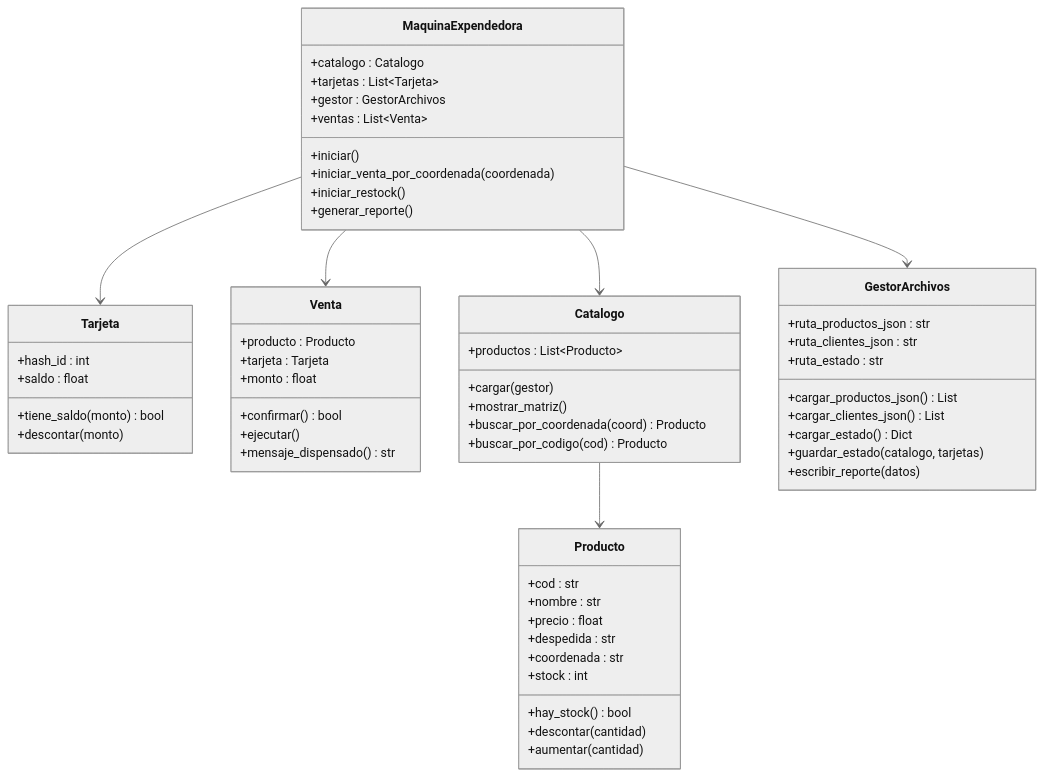
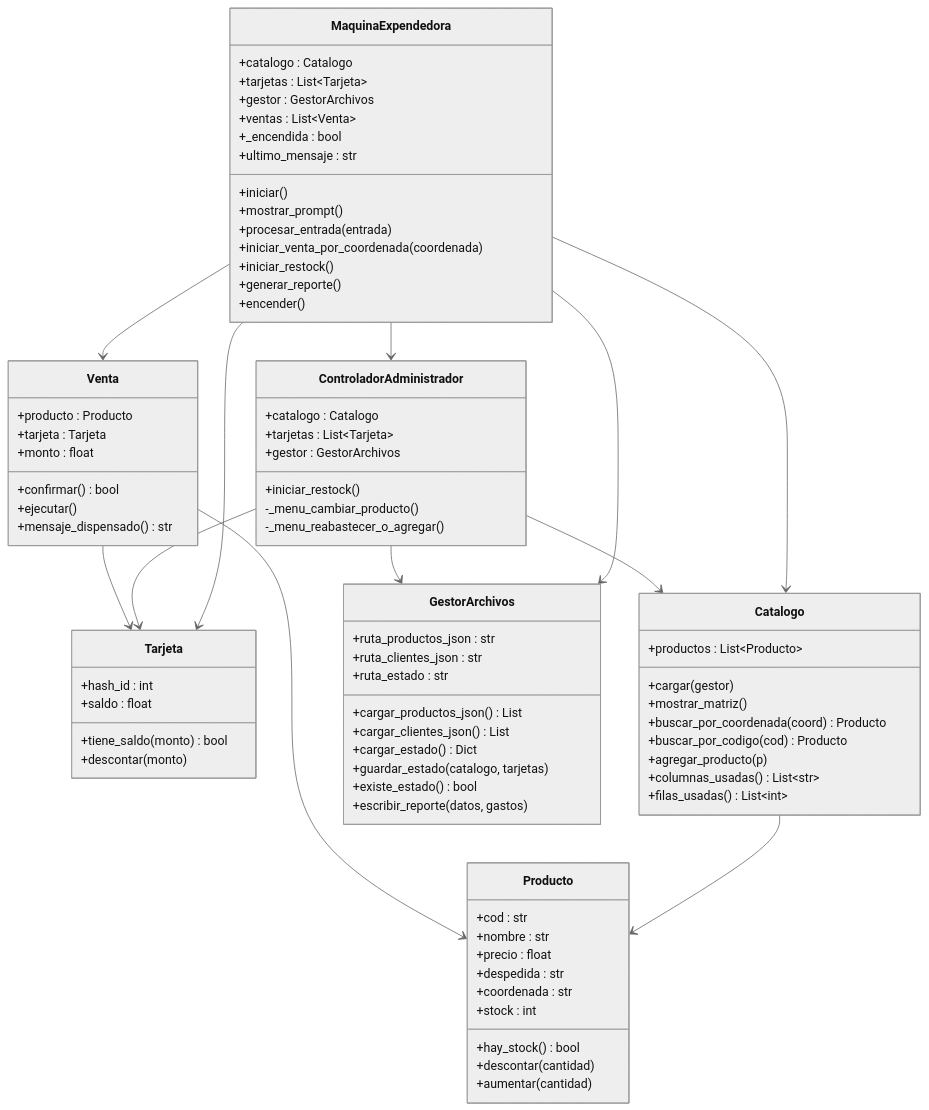
Before and after one commit to enriquesiracusa/Proyecto-Enrique-Siracusa-Miguel-Requena: the diagram in README.md, drawn with Mermaid (neutral theme). The commit also changed other lines of this file, not shown here.

Commit message:
README.md

````diff
--- a/README.md
+++ b/README.md
@@ -96,6 +89,9 @@
         +mostrar_matriz()
         +buscar_por_coordenada(coord) Producto
         +buscar_por_codigo(cod) Producto
+        +agregar_producto(p)
+        +columnas_usadas() List~str~
+        +filas_usadas() List~int~
     }
 
     class GestorArchivos {
@@ -106,7 +102,17 @@
         +cargar_clientes_json() List
         +cargar_estado() Dict
         +guardar_estado(catalogo, tarjetas)
-        +escribir_reporte(datos)
+        +existe_estado() bool
+        +escribir_reporte(datos, gastos)
+    }
+
+    class ControladorAdministrador {
+        +catalogo : Catalogo
+        +tarjetas : List~Tarjeta~
+        +gestor : GestorArchivos
+        +iniciar_restock()
+        -_menu_cambiar_producto()
+        -_menu_reabastecer_o_agregar()
     }
 
     class MaquinaExpendedora {
@@ -114,15 +120,26 @@
         +tarjetas : List~Tarjeta~
         +gestor : GestorArchivos
         +ventas : List~Venta~
+        +_encendida : bool
+        +ultimo_mensaje : str
         +iniciar()
+        +mostrar_prompt()
+        +procesar_entrada(entrada)
         +iniciar_venta_por_coordenada(coordenada)
         +iniciar_restock()
         +generar_reporte()
+        +encender()
     }
 
     MaquinaExpendedora --> Catalogo
     MaquinaExpendedora --> GestorArchivos
     MaquinaExpendedora --> Tarjeta
     MaquinaExpendedora --> Venta
+    MaquinaExpendedora --> ControladorAdministrador
+    ControladorAdministrador --> Catalogo
+    ControladorAdministrador --> GestorArchivos
+    ControladorAdministrador --> Tarjeta
     Catalogo --> Producto
+    Venta --> Producto
+    Venta --> Tarjeta
 ```
````
